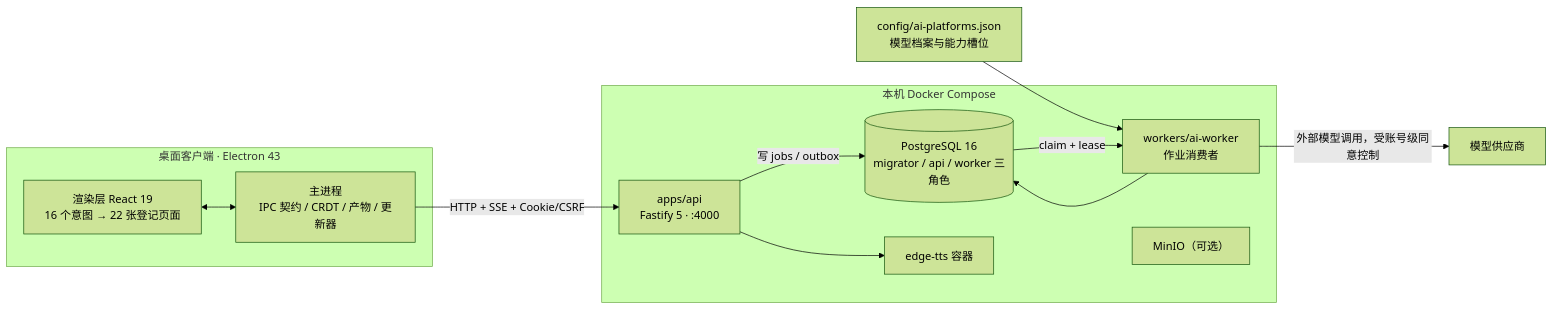
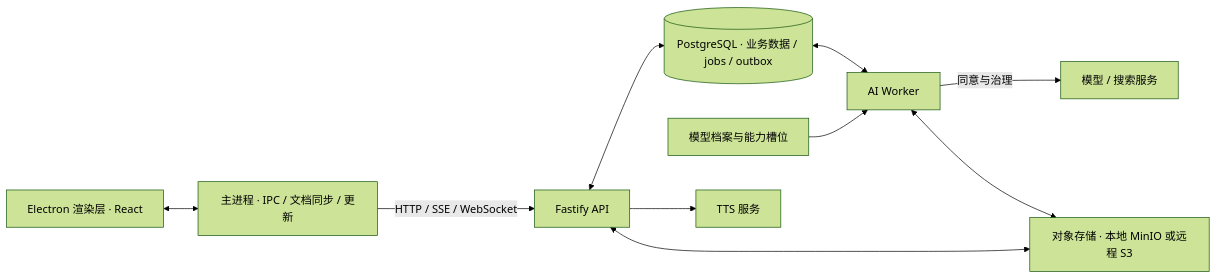
Before and after one commit to asklins223/Astella: the diagram in README.md, drawn with Mermaid (forest theme). The commit also changed other lines of this file and 2 other files, not shown here.

````diff
--- a/README.md
+++ b/README.md
@@ -76,22 +108,12 @@
 ```mermaid
 flowchart LR
-  subgraph client["桌面客户端 · Electron 43"]
-    R["渲染层 React 19<br/>16 个意图 → 22 张登记页面"]
-    M["主进程<br/>IPC 契约 / CRDT / 产物 / 更新器"]
-    R <--> M
-  end
-  subgraph local["本机 Docker Compose"]
-    A["apps/api<br/>Fastify 5 · :4000"]
-    W["workers/ai-worker<br/>作业消费者"]
-    P[("PostgreSQL 16<br/>migrator / api / worker 三角色")]
-    S["MinIO（可选）"]
-    T["edge-tts 容器"]
-  end
-  C["config/ai-platforms.json<br/>模型档案与能力槽位"] --> W
-  M -->|HTTP + SSE + Cookie/CSRF| A
-  A -->|写 jobs / outbox| P
-  P -->|claim + lease| W
-  W -->|外部模型调用，受账号级同意控制| L["模型供应商"]
-  W --> P
-  A --> T
+  R["Electron 渲染层 · React"] <--> M["主进程 · IPC / 文档同步 / 更新"]
+  M -->|"HTTP / SSE / WebSocket"| A["Fastify API"]
+  A <--> D[("PostgreSQL · 业务数据 / jobs / outbox")]
+  D <--> W["AI Worker"]
+  C["模型档案与能力槽位"] --> W
+  W -->|"同意与治理"| P["模型 / 搜索服务"]
+  A --> T["TTS 服务"]
+  A <--> S["对象存储 · 本地 MinIO 或远程 S3"]
+  W <--> S
 ```
````
